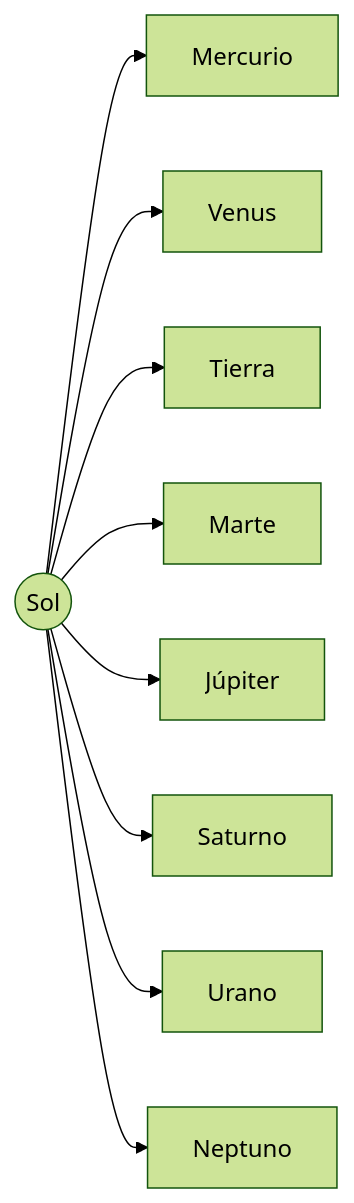
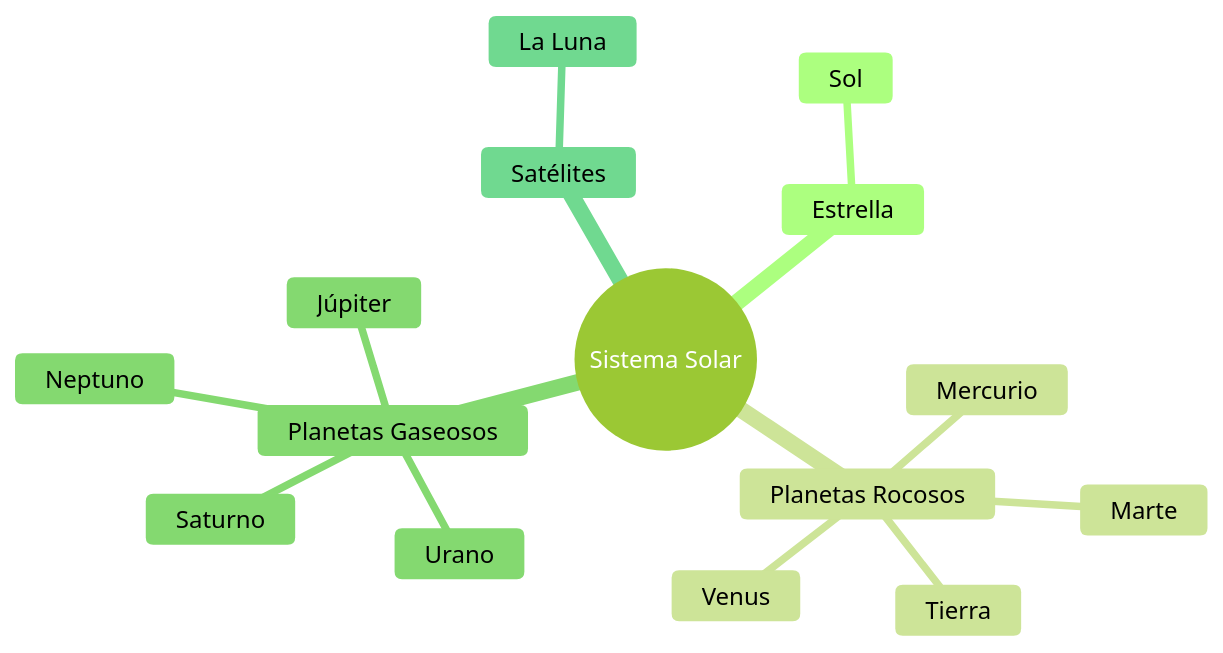
The diagram in docs/2pri/ut04-un-viaje-por-el-espacio/teoria.md (aalvarezg06/Ense-anzaONLINE), drawn with Mermaid (forest theme) before and after one commit. The commit also changed other lines of this file and 17 other files, not shown here.

````diff
--- a/docs/2pri/ut04-un-viaje-por-el-espacio/teoria.md
+++ b/docs/2pri/ut04-un-viaje-por-el-espacio/teoria.md
@@ -27,11 +25,18 @@
 ```mermaid
-graph LR
-    Sol((Sol)) --> Mercurio
-    Sol --> Venus
-    Sol --> Tierra
-    Sol --> Marte
-    Sol --> Júpiter
-    Sol --> Saturno
-    Sol --> Urano
-    Sol --> Neptuno
+mindmap
+  root((Sistema Solar))
+    Estrella
+      Sol
+    Planetas Rocosos
+      Mercurio
+      Venus
+      Tierra
+      Marte
+    Planetas Gaseosos
+      Júpiter
+      Saturno
+      Urano
+      Neptuno
+    Satélites
+      La Luna
 ```
````
